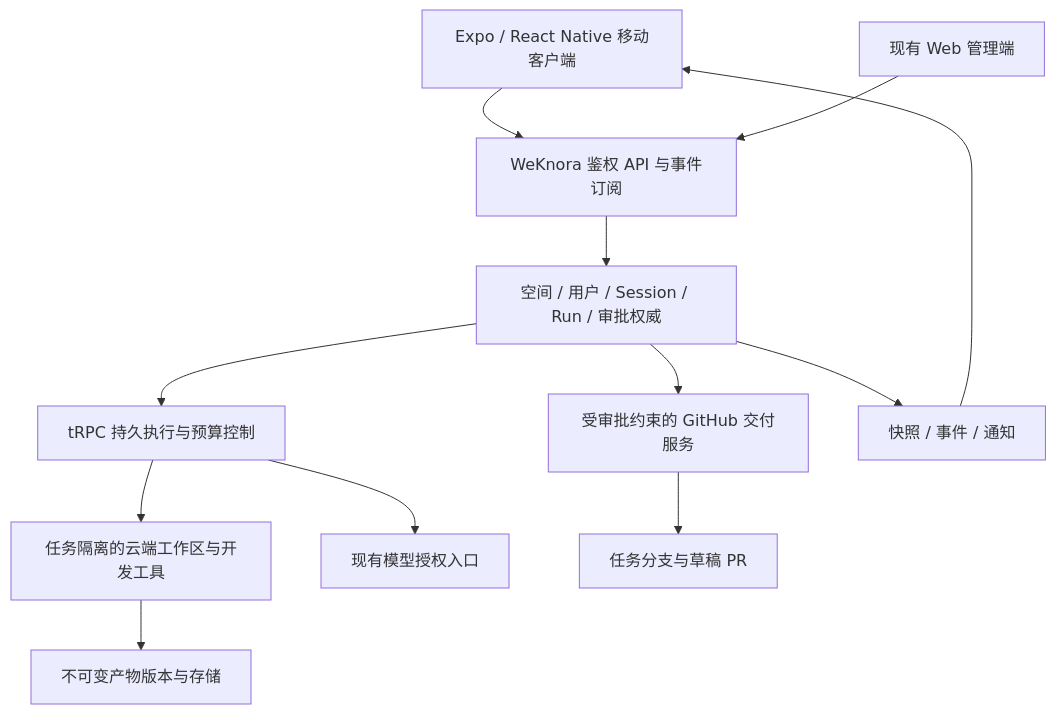
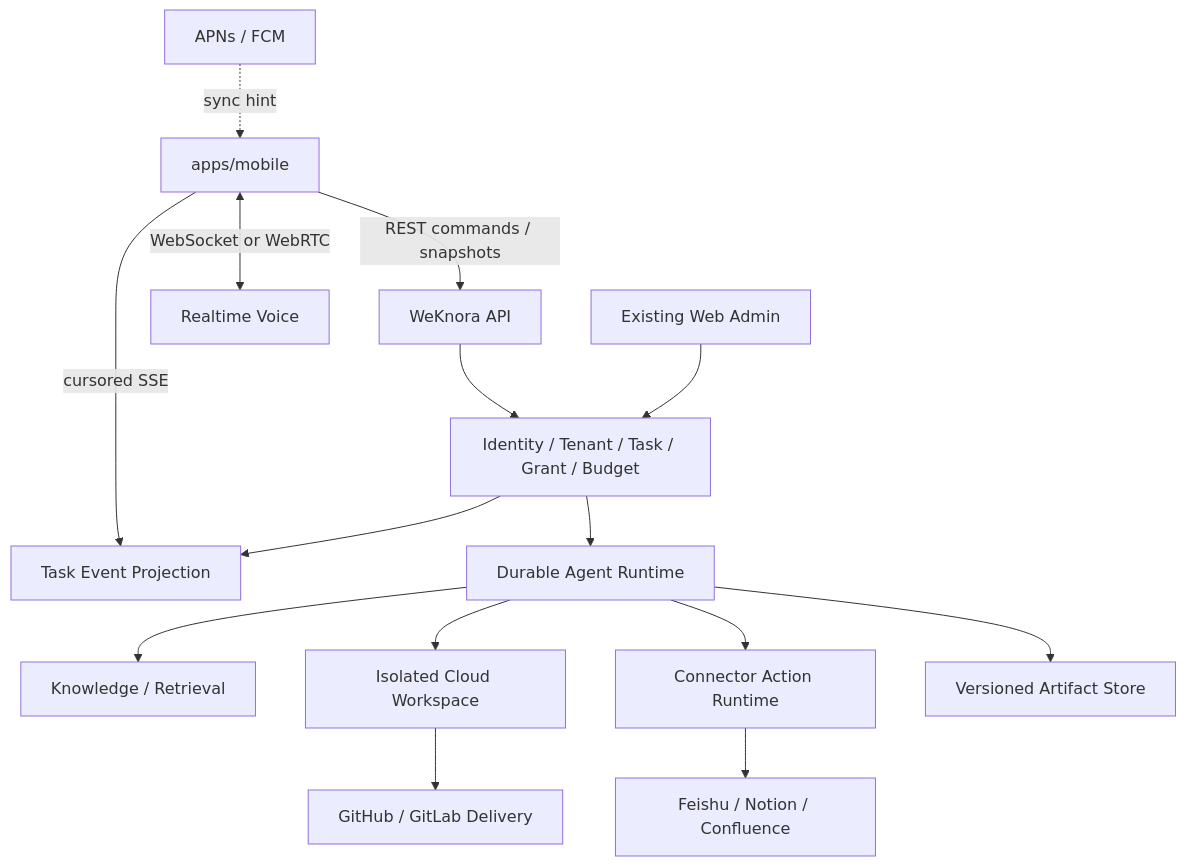
One commit to 1123786563/WeKnora-fork01 changed the second of 2 diagrams in docs/specs/2026-09-20-mobile-ai-office-design.md. Above: the diagram before and after it, drawn with Mermaid. The commit also changed other lines of this file and 21 other files, not shown here.

````diff
--- a/docs/specs/2026-09-20-mobile-ai-office-design.md
+++ b/docs/specs/2026-09-20-mobile-ai-office-design.md
@@ -36,14 +169,17 @@
 ```mermaid
 flowchart TB
-    Mobile[Expo / React Native 移动客户端] --> API[WeKnora 鉴权 API 与事件订阅]
-    Web[现有 Web 管理端] --> API
-    API --> Authority[空间 / 用户 / Session / Run / 审批权威]
-    Authority --> Runtime[tRPC 持久执行与预算控制]
-    Runtime --> Sandbox[任务隔离的云端工作区与开发工具]
-    Runtime --> Models[现有模型授权入口]
-    Authority --> Delivery[受审批约束的 GitHub 交付服务]
-    Delivery --> GitHub[任务分支与草稿 PR]
-    Sandbox --> Artifacts[不可变产物版本与存储]
-    Authority --> Events[快照 / 事件 / 通知]
-    Events --> Mobile
+    Mobile[apps/mobile] -->|REST commands / snapshots| API[WeKnora API]
+    Mobile -->|cursored SSE| Events[Task Event Projection]
+    API --> Authority[Identity / Tenant / Task / Grant / Budget]
+    Authority --> Events
+    Mobile <-->|WebSocket or WebRTC| Voice[Realtime Voice]
+    Authority --> Runtime[Durable Agent Runtime]
+    Runtime --> Knowledge[Knowledge / Retrieval]
+    Runtime --> Sandbox[Isolated Cloud Workspace]
+    Runtime --> Connectors[Connector Action Runtime]
+    Runtime --> Artifacts[Versioned Artifact Store]
+    Connectors --> Office[Feishu / Notion / Confluence]
+    Sandbox --> Delivery[GitHub / GitLab Delivery]
+    Push[APNs / FCM] -. sync hint .-> Mobile
+    Web[Existing Web Admin] --> Authority
 ```
````
